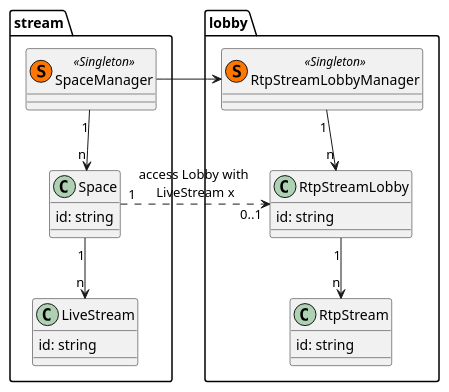
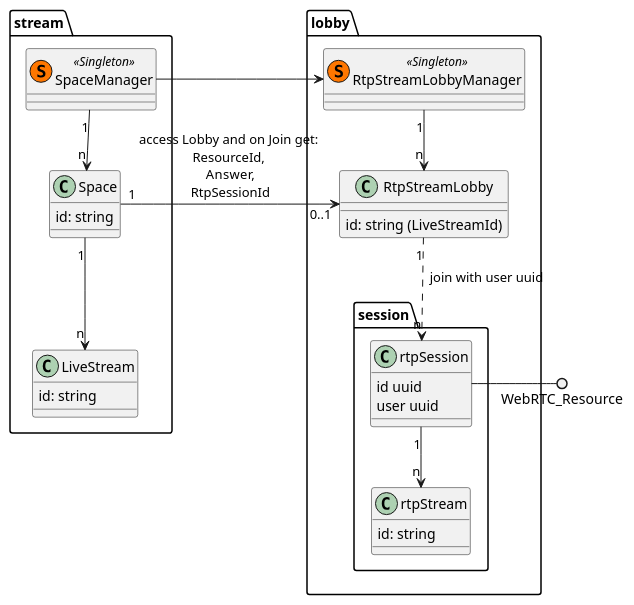
Before and after one commit to shigde/sfu: the diagram in docs/uml/class/lobby.class.puml, drawn with PlantUML. The commit also changed 13 other files, not shown here.

Commit message:
add rtp session concept

```diff
--- a/docs/uml/class/lobby.class.puml
+++ b/docs/uml/class/lobby.class.puml
@@ -1,32 +1,46 @@
 @startuml
 'https://plantuml.com/class-diagram
 package stream {
 class SpaceManager << (S,#FF7700) Singleton >>
 class Space {
     id: string
 }
 class LiveStream {
     id: string
 }
 
 SpaceManager "1" --> "n" Space
 Space "1"-->"n" LiveStream
 }
 
 package lobby {
 class RtpStreamLobbyManager << (S,#FF7700) Singleton >>
 class RtpStreamLobby {
-    id: string
+    id: string (LiveStreamId)
 }
-class RtpStream {
-    id: string
+package lobby.session {
+    class rtpStream {
+        id: string
+    }
+    class rtpSession {
+        id uuid
+        user uuid
+    }
 }
 
 SpaceManager -> RtpStreamLobbyManager
 RtpStreamLobbyManager "1" --> "n" RtpStreamLobby
-RtpStreamLobby "1" --> "n" RtpStream
+RtpStreamLobby "1" ..> "n" rtpSession : "  join with user uuid"
+
+rtpSession "1" --> "n" rtpStream
 }
 
-Space "1".>"0..1" RtpStreamLobby : access Lobby with \nLiveStream x
+
+rtpSession -() WebRTC_Resource : "         "
+
+
+
+Space "1"->"0..1" RtpStreamLobby : access Lobby and on Join get: \nResourceId, \nAnswer,\nRtpSessionId
+
 
 @enduml
```
